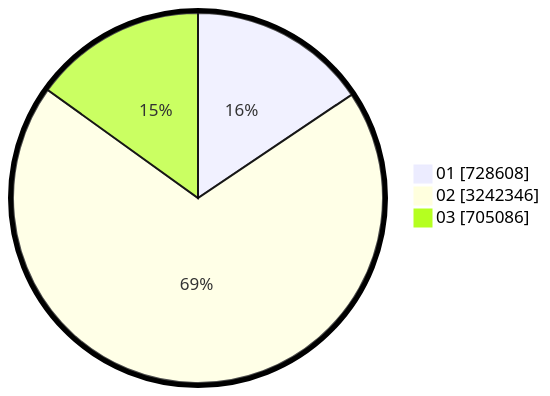
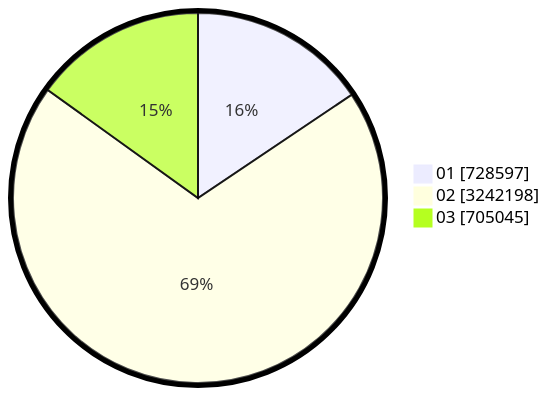
The second of 2 diagrams in pilpres/hitung-suara/sub/table-wilayah-18.md (gigit-pemilu/pemilu-2024), drawn with Mermaid before and after one commit. The commit also changed other lines of this file and 7 other files, not shown here.

````diff
--- a/pilpres/hitung-suara/sub/table-wilayah-18.md
+++ b/pilpres/hitung-suara/sub/table-wilayah-18.md
@@ -15,7 +15,7 @@
 ```mermaid
 %%{init: {"pie": {"textPosition": 0.5}, "themeVariables": {"pieOuterStrokeWidth": "5px"}} }%%
 pie showData
-    "01" : 728608
-    "02" : 3242346
-    "03" : 705086
+    "01" : 728597
+    "02" : 3242198
+    "03" : 705045
 ```
````
